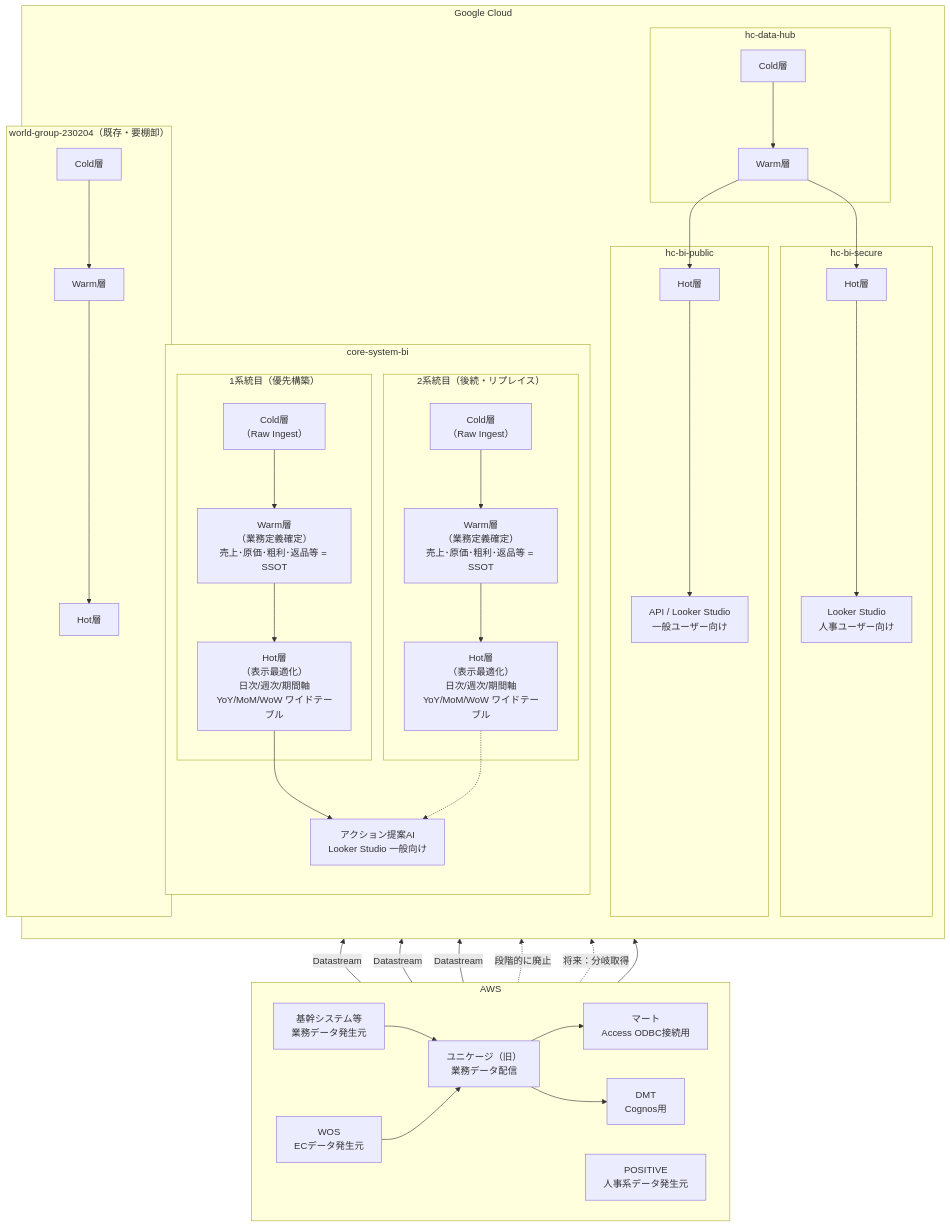
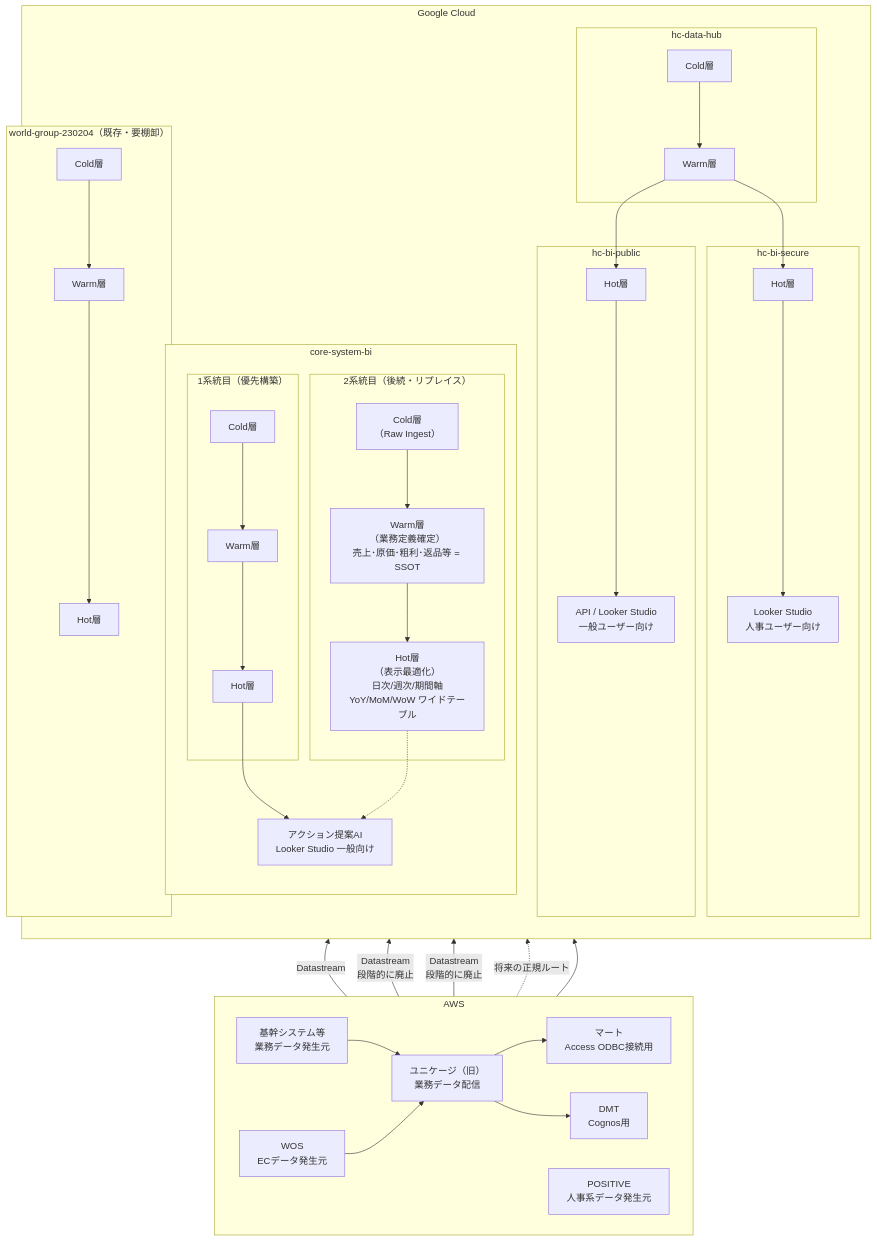
The diagram in README.md (jhasegawa-01100687/bi-diagram), drawn with Mermaid before and after one commit.

Commit message:
docs: 微修正

````diff
--- a/README.md
+++ b/README.md
@@ -3,75 +3,74 @@
 ```mermaid
 flowchart BT
     subgraph AWS["AWS"]
         direction LR
         Core["基幹システム等<br/>業務データ発生元"]
         POSITIVE["POSITIVE<br/>人事系データ発生元"]
         Unikage["ユニケージ（旧）<br/>業務データ配信"]
         Mart["マート<br/>Access ODBC接続用"]
         DMT["DMT<br/>Cognos用"]
         WOS["WOS<br/>ECデータ発生元"]
 
         Core --> Unikage
         Unikage --> Mart
         Unikage --> DMT
     end
 
     subgraph GCP["Google Cloud"]
         direction TB
 
         subgraph hc-data-hub["hc-data-hub"]
             DH_Cold["Cold層"]
             DH_Warm["Warm層"]
             DH_Cold --> DH_Warm
         end
 
         subgraph hc-bi-public["hc-bi-public"]
             PUB_Hot["Hot層"]
             PUB_Out["API / Looker Studio<br/>一般ユーザー向け"]
             PUB_Hot --> PUB_Out
         end
 
         subgraph hc-bi-secure["hc-bi-secure"]
             SEC_Hot["Hot層"]
             SEC_Out["Looker Studio<br/>人事ユーザー向け"]
             SEC_Hot --> SEC_Out
         end
 
         subgraph core-system-bi["core-system-bi"]
             direction TB
             subgraph Stream1["1系統目（優先構築）"]
-                S1_Cold["Cold層<br/>（Raw Ingest）"]
-                S1_Warm["Warm層<br/>（業務定義確定）<br/>売上･原価･粗利･返品等 = SSOT"]
-                S1_Hot["Hot層<br/>（表示最適化）<br/>日次/週次/期間軸<br/>YoY/MoM/WoW ワイドテーブル"]
+                S1_Cold["Cold層"]
+                S1_Warm["Warm層"]
+                S1_Hot["Hot層"]
                 S1_Cold --> S1_Warm --> S1_Hot
             end
             subgraph Stream2["2系統目（後続・リプレイス）"]
                 S2_Cold["Cold層<br/>（Raw Ingest）"]
                 S2_Warm["Warm層<br/>（業務定義確定）<br/>売上･原価･粗利･返品等 = SSOT"]
                 S2_Hot["Hot層<br/>（表示最適化）<br/>日次/週次/期間軸<br/>YoY/MoM/WoW ワイドテーブル"]
                 S2_Cold --> S2_Warm --> S2_Hot
             end
             CORE_Out["アクション提案AI<br/>Looker Studio 一般向け"]
             S1_Hot --> CORE_Out
             S2_Hot -.-> CORE_Out
         end
 
         subgraph world-group["world-group-230204（既存・要棚卸）"]
             WG_Cold["Cold層"]
             WG_Warm["Warm層"]
             WG_Hot["Hot層"]
             WG_Cold --> WG_Warm --> WG_Hot
         end
     end
 
     %% データフロー（AWS → GCP）
     POSITIVE -->|Datastream| DH_Cold
     DH_Warm --> PUB_Hot
     DH_Warm --> SEC_Hot
-    Mart -->|Datastream| S1_Cold
-    DMT -->|Datastream| S1_Cold
-    Unikage -.->|段階的に廃止| S1_Cold
-    Core -.->|将来：分岐取得| S2_Cold
+    Mart -->|Datastream<br/>段階的に廃止| S1_Cold
+    DMT -->|Datastream<br/>段階的に廃止| S1_Cold
+    Core -.->|将来の正規ルート| S2_Cold
     WOS --> Unikage
     Unikage --> WG_Cold
 ```
````
